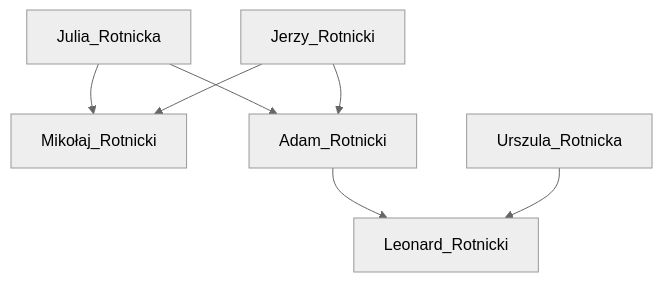
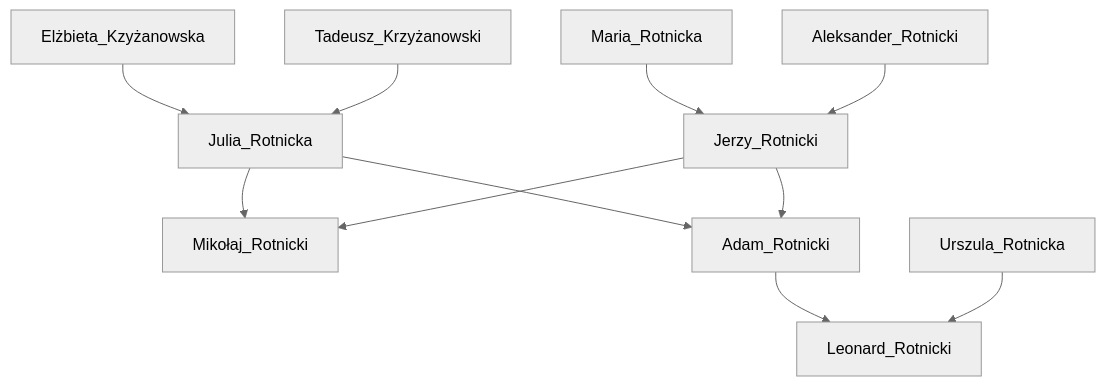
The diagram in index.md (rotnicki/Dzida), drawn with Mermaid (neutral theme) before and after one commit.

````diff
--- a/index.md
+++ b/index.md
@@ -10,9 +10,13 @@
 ```mermaid
 graph TD;
+    Elżbieta_Kzyżanowska-->Julia_Rotnicka;
+    Tadeusz_Krzyżanowski-->Julia_Rotnicka;
+    Maria_Rotnicka-->Jerzy_Rotnicki;
+    Aleksander_Rotnicki-->Jerzy_Rotnicki;
     Julia_Rotnicka-->Mikołaj_Rotnicki;
     Jerzy_Rotnicki-->Mikołaj_Rotnicki;
     Julia_Rotnicka-->Adam_Rotnicki;
     Jerzy_Rotnicki-->Adam_Rotnicki;
     Adam_Rotnicki-->Leonard_Rotnicki;
     Urszula_Rotnicka-->Leonard_Rotnicki;
 ```
````
